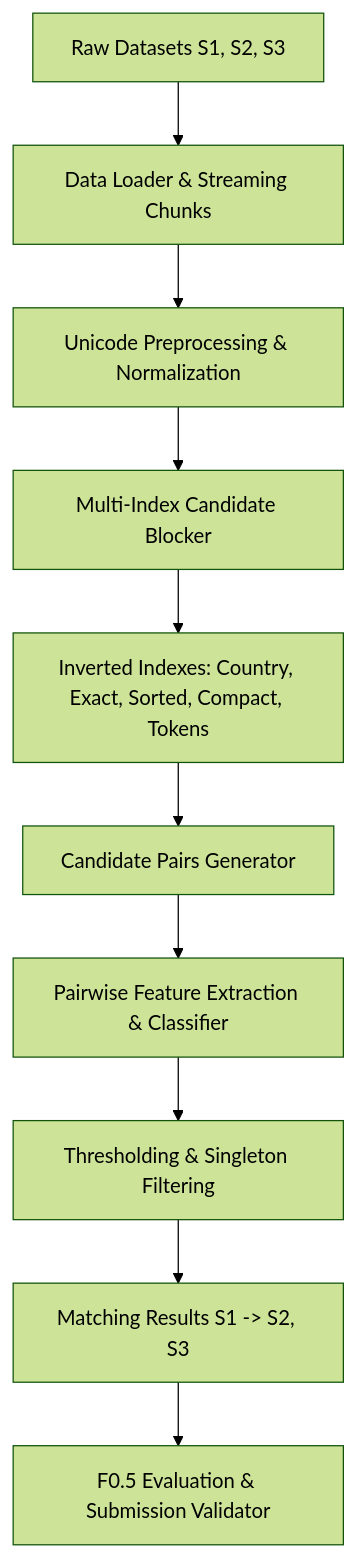
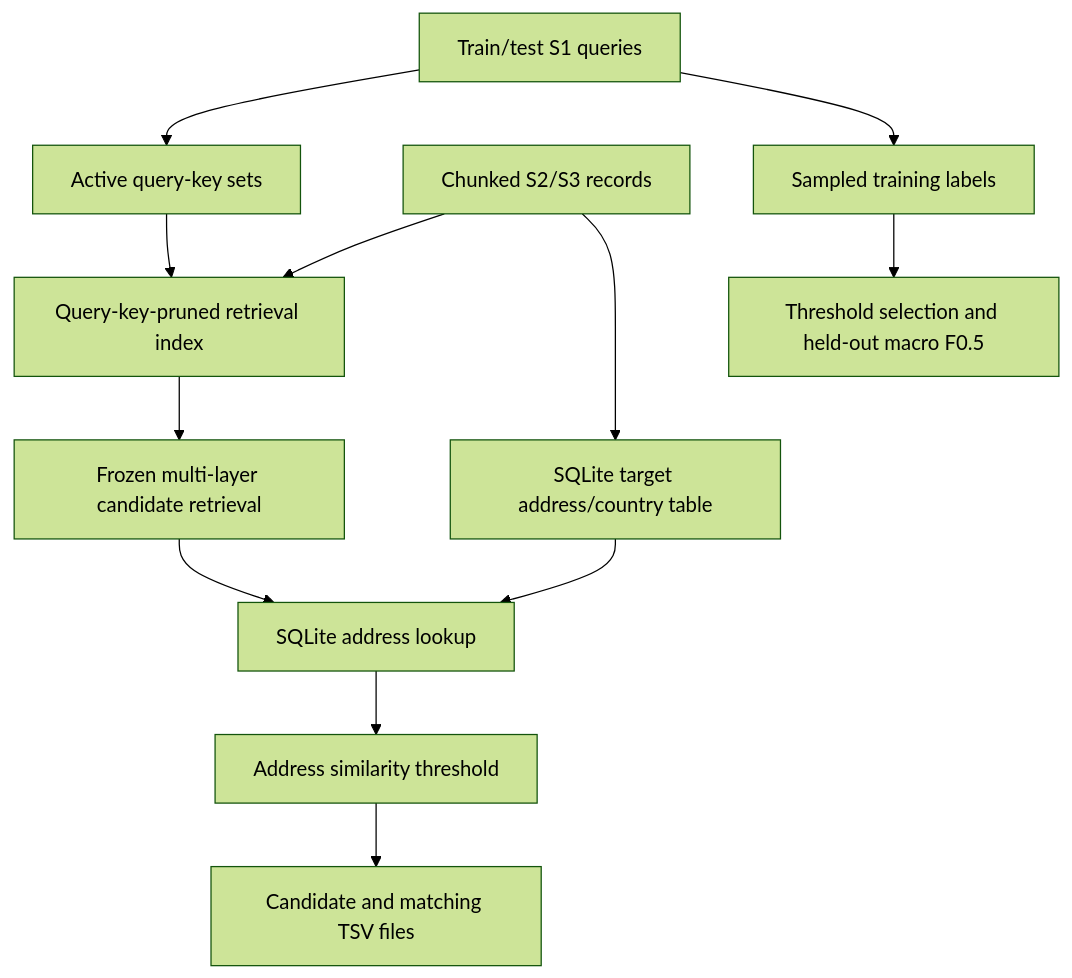
The diagram in README.md (ojassahu29/Amazon-Business-Entity-Resolution), drawn with Mermaid (forest theme) before and after one commit. The commit also changed other lines of this file and 24 other files, not shown here.

Commit message:
Improve entity retrieval precision and evaluation

````diff
--- a/README.md
+++ b/README.md
@@ -63,12 +72,14 @@
 ```mermaid
 flowchart TD
-    A[Raw Datasets S1, S2, S3] --> B[Data Loader & Streaming Chunks]
-    B --> C[Unicode Preprocessing & Normalization]
-    C --> D[Multi-Index Candidate Blocker]
-    D --> E[Inverted Indexes: Country, Exact, Sorted, Compact, Tokens]
-    E --> F[Candidate Pairs Generator]
-    F --> G[Pairwise Feature Extraction & Classifier]
-    G --> H[Thresholding & Singleton Filtering]
-    H --> I[Matching Results S1 -> S2, S3]
-    I --> J[F0.5 Evaluation & Submission Validator]
+    A[Train/test S1 queries] --> B[Active query-key sets]
+    A2[Chunked S2/S3 records] --> C[Query-key-pruned retrieval index]
+    A2 --> D[SQLite target address/country table]
+    B --> C
+    C --> E[Frozen multi-layer candidate retrieval]
+    E --> F[SQLite address lookup]
+    D --> F
+    F --> G[Address similarity threshold]
+    G --> H[Candidate and matching TSV files]
+    A --> I[Sampled training labels]
+    I --> J[Threshold selection and held-out macro F0.5]
 ```
````
